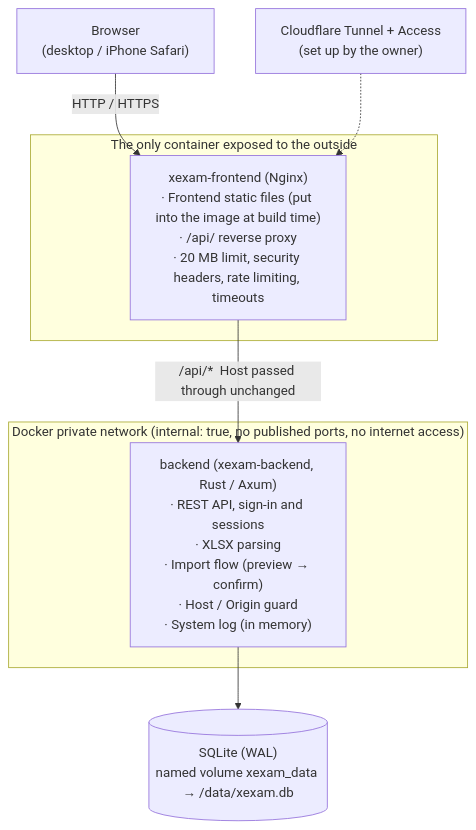
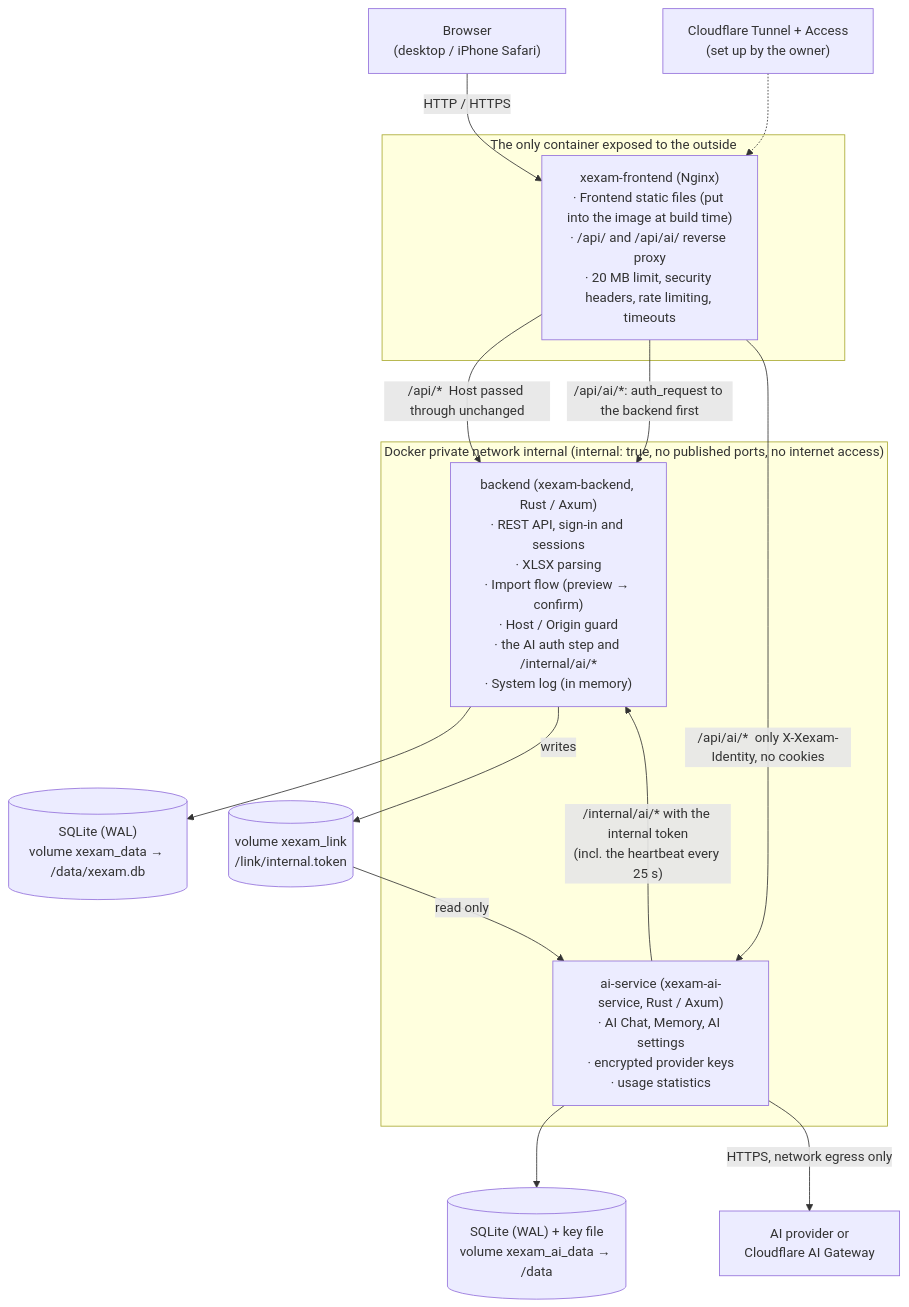
The first of 7 diagrams in docs/en/architecture.md (Yumin-Space/xexam), drawn with Mermaid before and after one commit. The commit also changed other lines of this file and 233 other files, not shown here.

````diff
--- a/docs/en/architecture.md
+++ b/docs/en/architecture.md
@@ -10,13 +10,21 @@
 ```mermaid
 flowchart TB
     U["Browser<br/>(desktop / iPhone Safari)"] -->|"HTTP / HTTPS"| N
     subgraph pub["The only container exposed to the outside"]
-        N["xexam-frontend (Nginx)<br/>· Frontend static files (put into the image at build time)<br/>· /api/ reverse proxy<br/>· 20 MB limit, security headers, rate limiting, timeouts"]
+        N["xexam-frontend (Nginx)<br/>· Frontend static files (put into the image at build time)<br/>· /api/ and /api/ai/ reverse proxy<br/>· 20 MB limit, security headers, rate limiting, timeouts"]
     end
-    subgraph priv["Docker private network (internal: true, no published ports, no internet access)"]
-        B["backend (xexam-backend, Rust / Axum)<br/>· REST API, sign-in and sessions<br/>· XLSX parsing<br/>· Import flow (preview → confirm)<br/>· Host / Origin guard<br/>· System log (in memory)"]
+    subgraph priv["Docker private network internal (internal: true, no published ports, no internet access)"]
+        B["backend (xexam-backend, Rust / Axum)<br/>· REST API, sign-in and sessions<br/>· XLSX parsing<br/>· Import flow (preview → confirm)<br/>· Host / Origin guard<br/>· the AI auth step and /internal/ai/*<br/>· System log (in memory)"]
+        A["ai-service (xexam-ai-service, Rust / Axum)<br/>· AI Chat, Memory, AI settings<br/>· encrypted provider keys<br/>· usage statistics"]
     end
     N -->|"/api/*  Host passed through unchanged"| B
-    B --> D[("SQLite (WAL)<br/>named volume xexam_data → /data/xexam.db")]
+    N -->|"/api/ai/*: auth_request to the backend first"| B
+    N -->|"/api/ai/*  only X-Xexam-Identity, no cookies"| A
+    A -->|"/internal/ai/* with the internal token<br/>(incl. the heartbeat every 25 s)"| B
+    B --> D[("SQLite (WAL)<br/>volume xexam_data → /data/xexam.db")]
+    A --> AD[("SQLite (WAL) + key file<br/>volume xexam_ai_data → /data")]
+    B -->|"writes"| L[("volume xexam_link<br/>/link/internal.token")]
+    L -->|"read only"| A
+    A -->|"HTTPS, network egress only"| P["AI provider or<br/>Cloudflare AI Gateway"]
     CF["Cloudflare Tunnel + Access<br/>(set up by the owner)"] -.-> N
 ```
````
